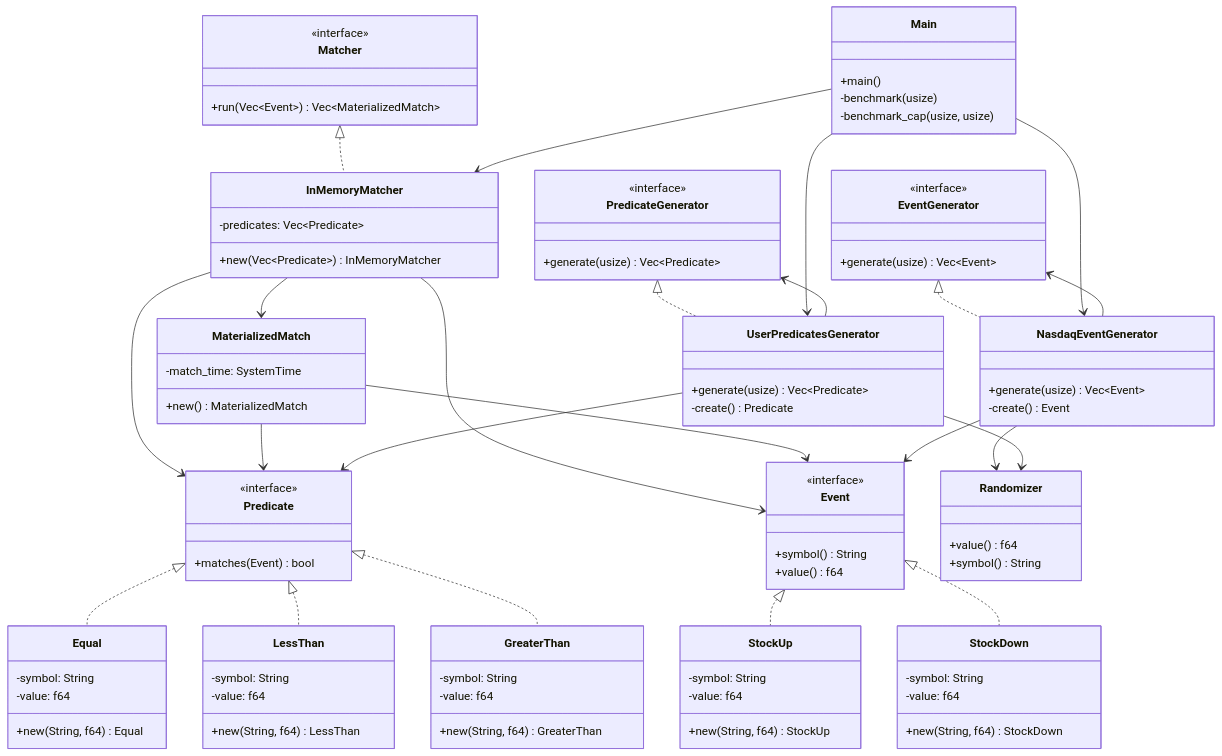
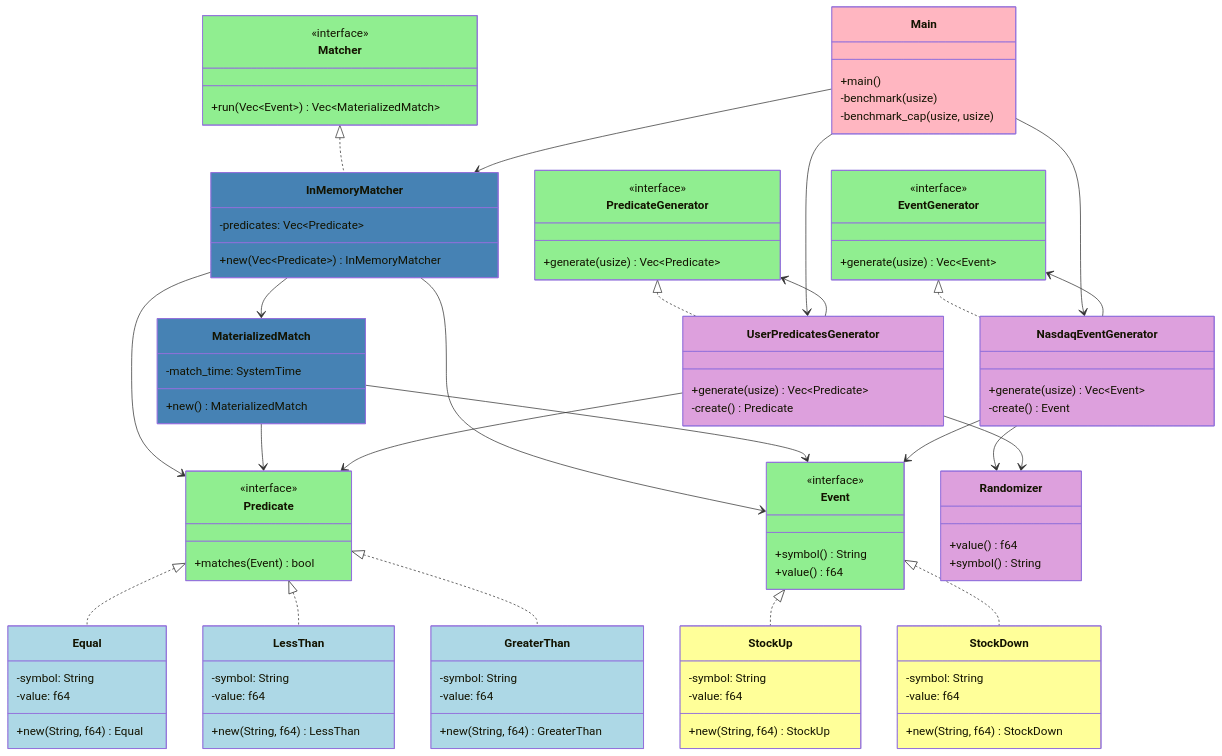
The diagram in in-memory-stock-engine/README.md (diegopacheco/rust-playground), drawn with Mermaid before and after one commit. The commit also changed other lines of this file, not shown here.

Commit message:
rust in memory stock engine

```diff
--- a/in-memory-stock-engine/README.md
+++ b/in-memory-stock-engine/README.md
@@ -38,87 +38,103 @@
         +symbol() String
         +value() f64
     }
+    style Event fill:#90EE90
 
     class StockUp {
         -symbol: String
         -value: f64
         +new(String, f64) StockUp
     }
+    style StockUp fill:#FFFF99
 
     class StockDown {
         -symbol: String
         -value: f64
         +new(String, f64) StockDown
     }
+    style StockDown fill:#FFFF99
 
     class Predicate {
         <<interface>>
         +matches(Event) bool
     }
+    style Predicate fill:#90EE90
 
     class Equal {
         -symbol: String
         -value: f64
         +new(String, f64) Equal
     }
+    style Equal fill:#ADD8E6
 
     class LessThan {
         -symbol: String
         -value: f64
         +new(String, f64) LessThan
     }
+    style LessThan fill:#ADD8E6
 
     class GreaterThan {
         -symbol: String
         -value: f64
         +new(String, f64) GreaterThan
     }
+    style GreaterThan fill:#ADD8E6
 
     class Matcher {
         <<interface>>
         +run(Vec~Event~) Vec~MaterializedMatch~
     }
+    style Matcher fill:#90EE90
 
     class InMemoryMatcher {
         -predicates: Vec~Predicate~
         +new(Vec~Predicate~) InMemoryMatcher
     }
+    style InMemoryMatcher fill:#4682B4
 
     class MaterializedMatch {
         -match_time: SystemTime
         +new() MaterializedMatch
     }
+    style MaterializedMatch fill:#4682B4
 
     class EventGenerator {
         <<interface>>
         +generate(usize) Vec~Event~
     }
+    style EventGenerator fill:#90EE90
 
     class NasdaqEventGenerator {
         +generate(usize) Vec~Event~
         -create() Event
     }
+    style NasdaqEventGenerator fill:#DDA0DD
 
     class PredicateGenerator {
         <<interface>>
         +generate(usize) Vec~Predicate~
     }
+    style PredicateGenerator fill:#90EE90
 
     class UserPredicatesGenerator {
         +generate(usize) Vec~Predicate~
         -create() Predicate
     }
+    style UserPredicatesGenerator fill:#DDA0DD
 
     class Randomizer {
         +value() f64
         +symbol() String
     }
+    style Randomizer fill:#DDA0DD
 
     class Main {
         +main()
         -benchmark(usize)
         -benchmark_cap(usize, usize)
     }
+    style Main fill:#FFB6C1
 
     Event <|.. StockUp
     Event <|.. StockDown
```
